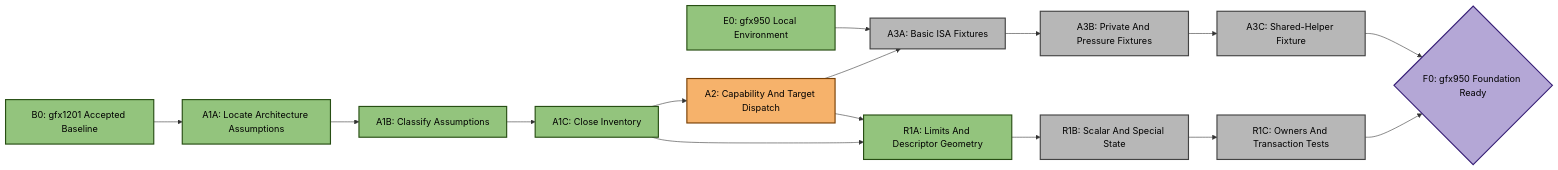
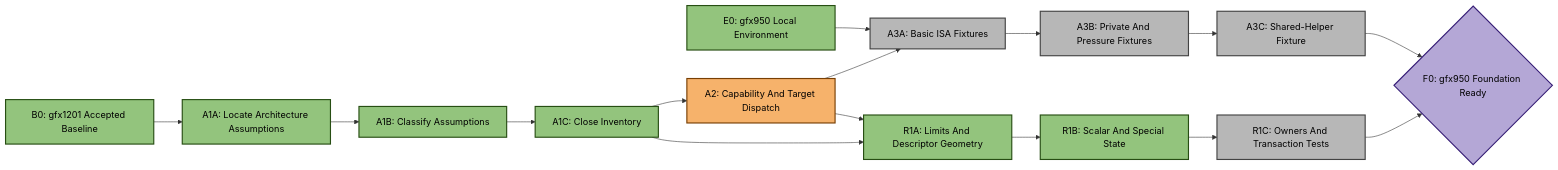
The second of 5 diagrams in emulation/rocjitsu/docs/consan/PLAN_GFX950.md (ROCm/rocm-systems), drawn with Mermaid before and after one commit. The commit also changed other lines of this file and 3 other files, not shown here.

````diff
--- a/emulation/rocjitsu/docs/consan/PLAN_GFX950.md
+++ b/emulation/rocjitsu/docs/consan/PLAN_GFX950.md
@@ -144,33 +150,33 @@
 ```mermaid
 flowchart LR
   B0["B0: gfx1201 Accepted Baseline"]:::done
   E0["E0: gfx950 Local Environment"]:::done
   A1A["A1A: Locate Architecture Assumptions"]:::done
   A1B["A1B: Classify Assumptions"]:::done
   A1C["A1C: Close Inventory"]:::done
   A2["A2: Capability And Target Dispatch"]:::active
   A3A["A3A: Basic ISA Fixtures"]:::todo
   A3B["A3B: Private And Pressure Fixtures"]:::todo
   A3C["A3C: Shared-Helper Fixture"]:::todo
   R1A["R1A: Limits And Descriptor Geometry"]:::done
-  R1B["R1B: Scalar And Special State"]:::todo
+  R1B["R1B: Scalar And Special State"]:::done
   R1C["R1C: Owners And Transaction Tests"]:::todo
   F0{"F0: gfx950 Foundation Ready"}:::target
 
   B0 --> A1A
   E0 --> A3A
   A1A --> A1B --> A1C
   A1C --> A2
   A2 --> A3A
   A3A --> A3B --> A3C
   A1C --> R1A
   A2 --> R1A
   R1A --> R1B --> R1C
   A3C --> F0
   R1C --> F0
 
   classDef done fill:#93c47d,stroke:#274e13,stroke-width:2px,color:#000;
   classDef active fill:#f6b26b,stroke:#783f04,stroke-width:2px,color:#000;
   classDef todo fill:#b7b7b7,stroke:#434343,stroke-width:2px,color:#000;
   classDef target fill:#b4a7d6,stroke:#351c75,stroke-width:2px,color:#000;
 ```
````
